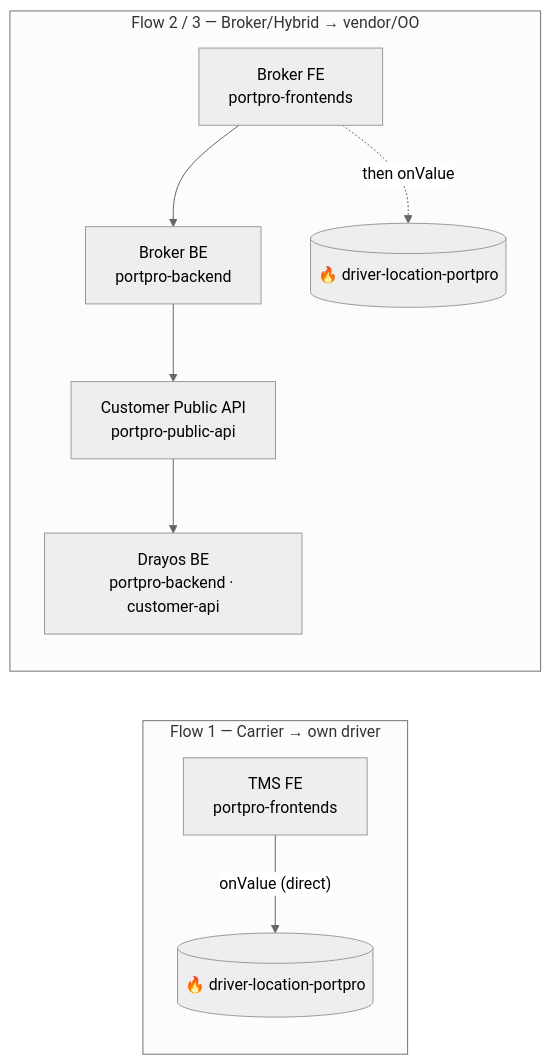
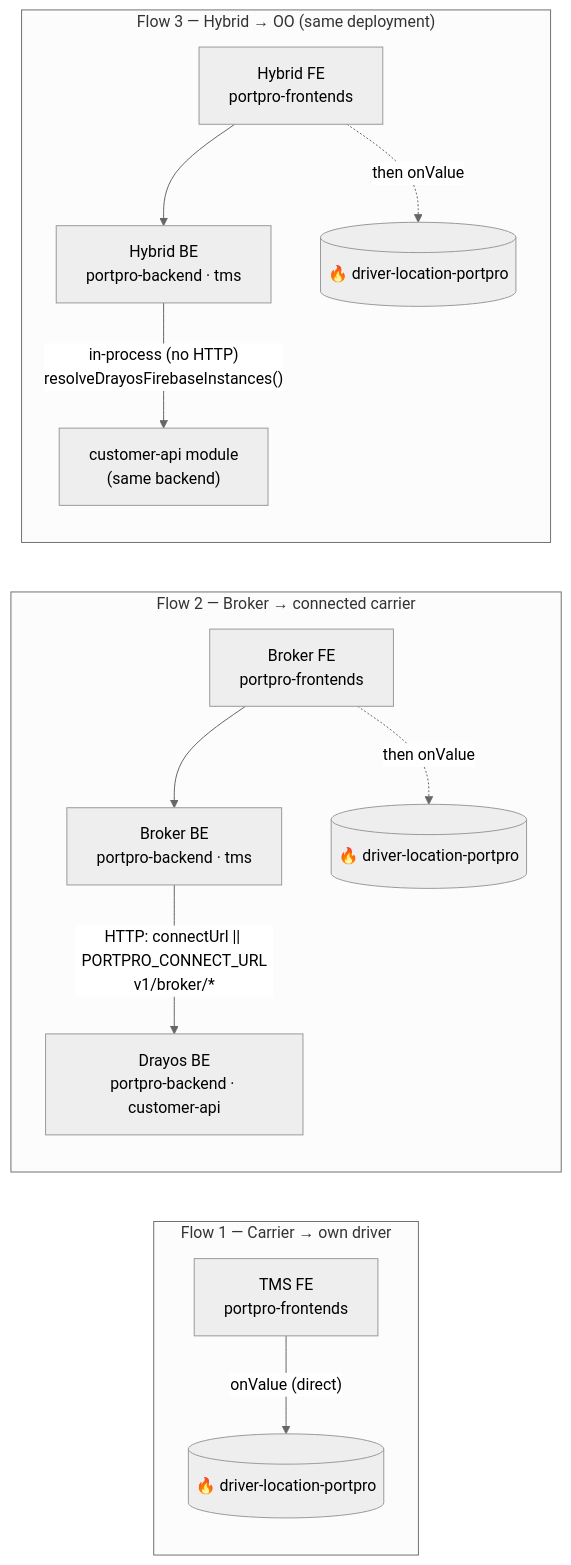
One commit to lamadev7/Obsidian-Vault changed the second of 5 diagrams in raw/Live Tracking Architecture/00 - Firebase Tracking Overview.md. Above: the diagram before and after it, drawn with Mermaid (neutral theme). The commit also changed other lines of this file and 3 other files, not shown here.

Commit message:
Correct hop chain: no portpro-public-api layer; Connect API = portpro-backend customer-api on Drayos BE

````diff
--- a/raw/Live Tracking Architecture/00 - Firebase Tracking Overview.md
+++ b/raw/Live Tracking Architecture/00 - Firebase Tracking Overview.md
@@ -52,10 +54,16 @@
 ```mermaid
 flowchart LR
   subgraph F1["Flow 1 — Carrier → own driver"]
     A1["TMS FE<br/>portpro-frontends"] -->|"onValue (direct)"| G1[("🔥 driver-location-portpro")]
   end
-  subgraph F23["Flow 2 / 3 — Broker/Hybrid → vendor/OO"]
-    A2["Broker FE<br/>portpro-frontends"] --> B2["Broker BE<br/>portpro-backend"] --> P2["Customer Public API<br/>portpro-public-api"] --> D2["Drayos BE<br/>portpro-backend · customer-api"]
+  subgraph F2["Flow 2 — Broker → connected carrier"]
+    A2["Broker FE<br/>portpro-frontends"] --> B2["Broker BE<br/>portpro-backend · tms"]
+    B2 -->|"HTTP: connectUrl || PORTPRO_CONNECT_URL<br/>v1/broker/*"| D2["Drayos BE<br/>portpro-backend · customer-api"]
     A2 -.->|"then onValue"| G2[("🔥 driver-location-portpro")]
   end
+  subgraph F3["Flow 3 — Hybrid → OO (same deployment)"]
+    A3["Hybrid FE<br/>portpro-frontends"] --> B3["Hybrid BE<br/>portpro-backend · tms"]
+    B3 -->|"in-process (no HTTP)<br/>resolveDrayosFirebaseInstances()"| D3["customer-api module<br/>(same backend)"]
+    A3 -.->|"then onValue"| G3[("🔥 driver-location-portpro")]
+  end
 ```
````
